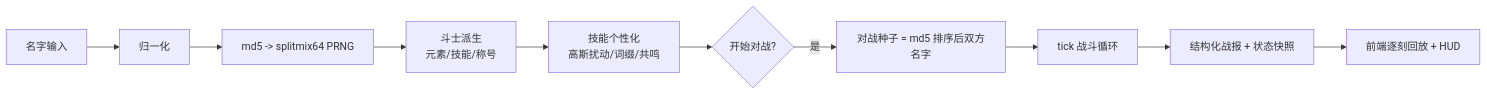
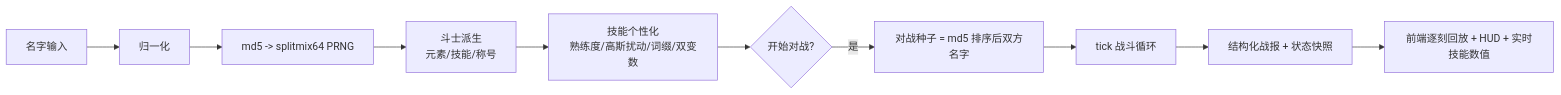
Before and after one commit to icdyso/namefight_pro: the first of 2 diagrams in docs/GAME_SPEC.md, drawn with Mermaid. The commit also changed other lines of this file and 24 other files, not shown here.

````diff
--- a/docs/GAME_SPEC.md
+++ b/docs/GAME_SPEC.md
@@ -19,12 +26,12 @@
 ```mermaid
 flowchart LR
     A[名字输入] --> B[归一化]
     B --> C[md5 -> splitmix64 PRNG]
     C --> D[斗士派生<br/>元素/技能/称号]
-    D --> E[技能个性化<br/>高斯扰动/词缀/共鸣]
+    D --> E[技能个性化<br/>熟练度/高斯扰动/词缀/双变数]
     E --> F{开始对战?}
     F -->|是| G[对战种子 = md5 排序后双方名字]
     G --> H[tick 战斗循环]
     H --> I[结构化战报 + 状态快照]
-    I --> J[前端逐刻回放 + HUD]
+    I --> J[前端逐刻回放 + HUD + 实时技能数值]
 ```
````
